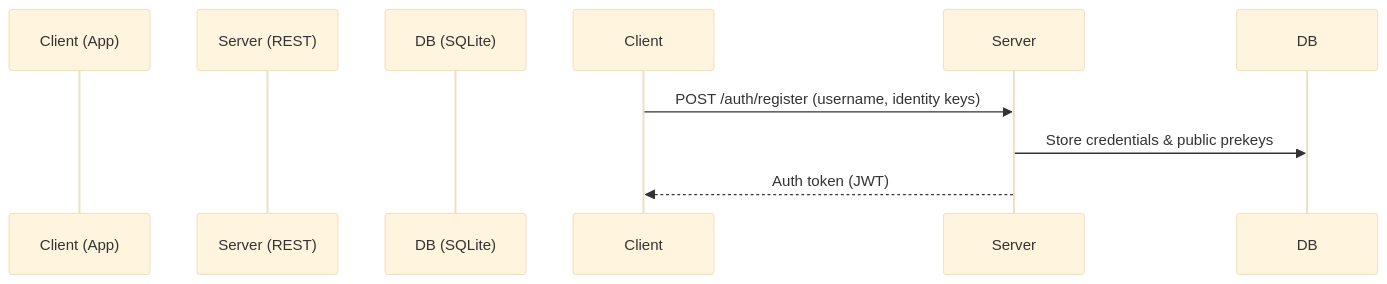
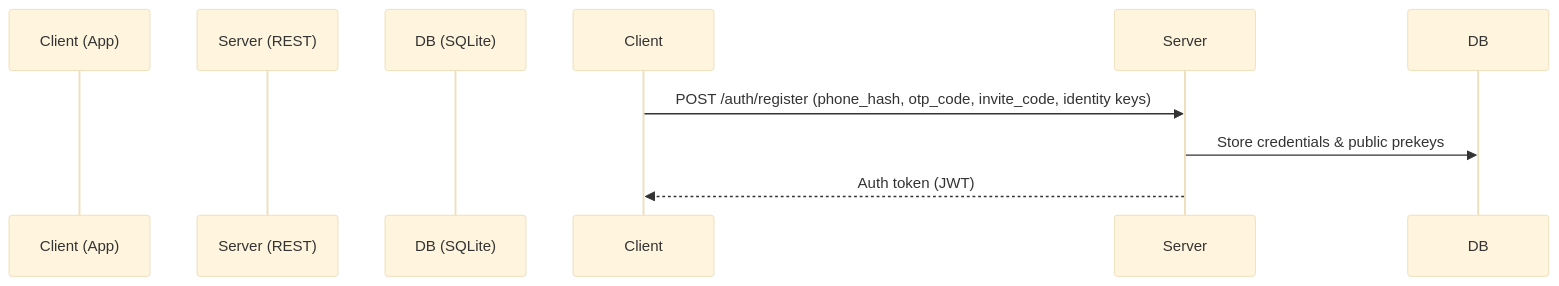
One commit to Saif287472/helix changed the first of 2 diagrams in helix_remote/docs/product/DATA_FLOW.md. Above: the diagram before and after it, drawn with Mermaid (base theme). The commit also changed 28 other files, not shown here.

````diff
--- a/helix_remote/docs/product/DATA_FLOW.md
+++ b/helix_remote/docs/product/DATA_FLOW.md
@@ -6,10 +6,10 @@
 ```mermaid
 sequenceDiagram
     participant Client (App)
     participant Server (REST)
     participant DB (SQLite)
 
-    Client->>Server: POST /auth/register (username, identity keys)
+    Client->>Server: POST /auth/register (phone_hash, otp_code, invite_code, identity keys)
     Server->>DB: Store credentials & public prekeys
     Server-->>Client: Auth token (JWT)
 ```
````
